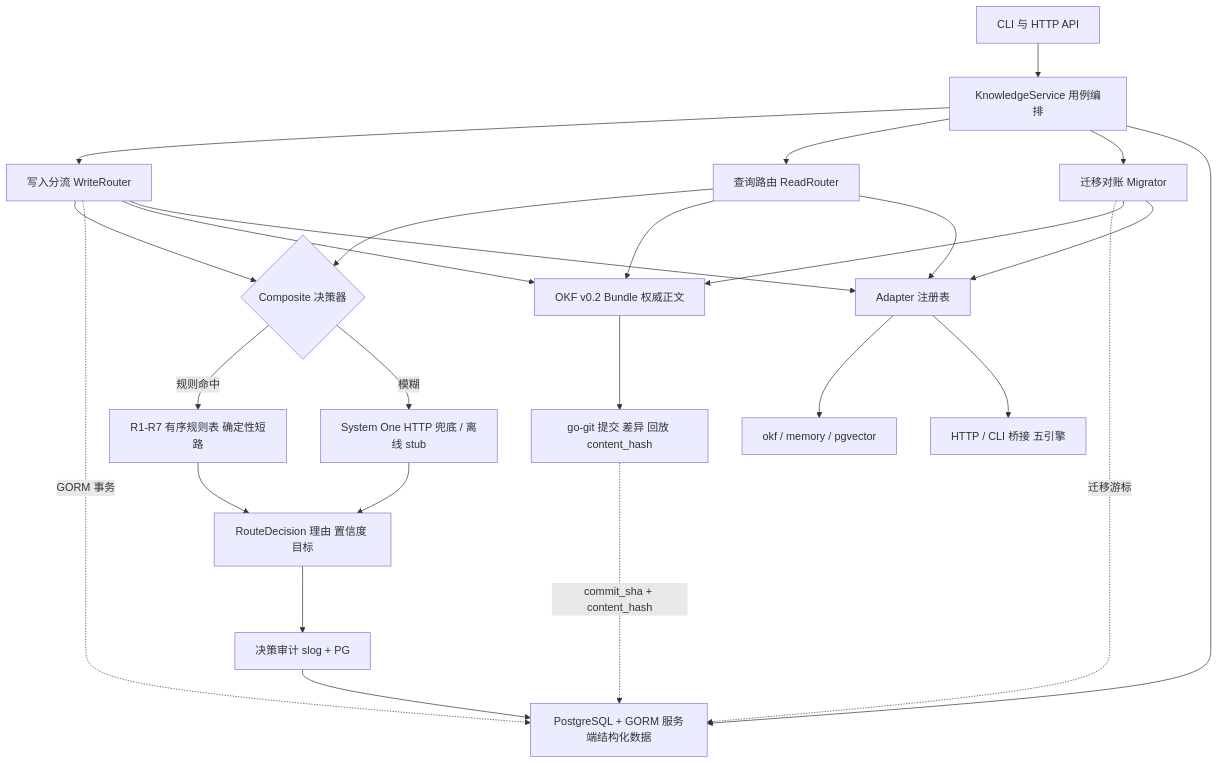
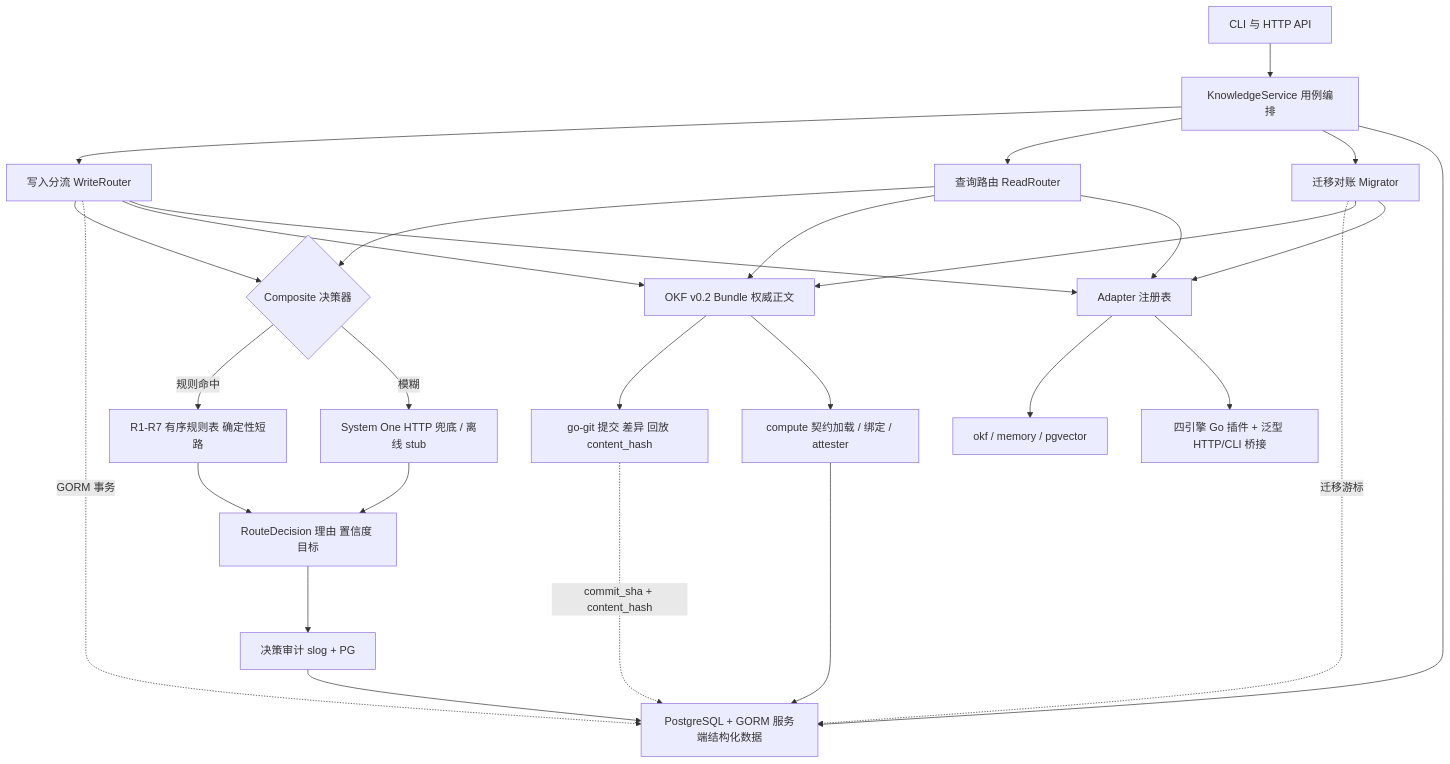
Before and after one commit to ariacompute/agentmem: the diagram in docs/architecture.md, drawn with Mermaid. The commit also changed other lines of this file and 87 other files, not shown here.

````diff
--- a/docs/architecture.md
+++ b/docs/architecture.md
@@ -5,28 +5,30 @@
 ```mermaid
 flowchart TB
   CLI["CLI 与 HTTP API"] --> SVC["KnowledgeService 用例编排"]
   SVC --> W["写入分流 WriteRouter"]
   SVC --> Q["查询路由 ReadRouter"]
   SVC --> M["迁移对账 Migrator"]
   SVC --> PG["PostgreSQL + GORM 服务端结构化数据"]
   W --> D{"Composite 决策器"}
   Q --> D
   D -->|规则命中| RULE["R1-R7 有序规则表 确定性短路"]
   D -->|模糊| SO["System One HTTP 兜底 / 离线 stub"]
   RULE --> DEC["RouteDecision 理由 置信度 目标"]
   SO --> DEC
   DEC --> EV["决策审计 slog + PG"]
   W -. "GORM 事务" .-> PG
   M -. "迁移游标" .-> PG
   EV --> PG
   W --> OKF["OKF v0.2 Bundle 权威正文"]
   W --> ADP["Adapter 注册表"]
   Q --> OKF
   Q --> ADP
   M --> OKF
   M --> ADP
   OKF --> GIT["go-git 提交 差异 回放 content_hash"]
   GIT -. "commit_sha + content_hash" .-> PG
   ADP --> B1["okf / memory / pgvector"]
-  ADP --> B2["HTTP / CLI 桥接 五引擎"]
+  ADP --> B2["四引擎 Go 插件 + 泛型 HTTP/CLI 桥接"]
+  OKF --> CMP["compute 契约加载 / 绑定 / attester"]
+  CMP --> PG
 ```
````
